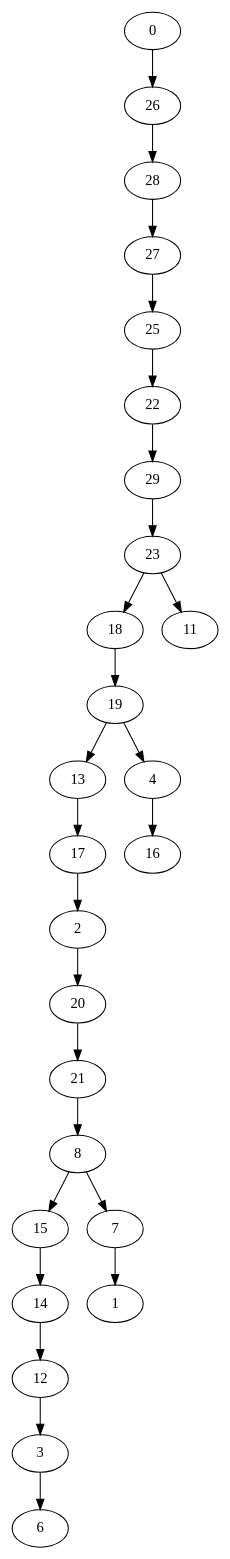
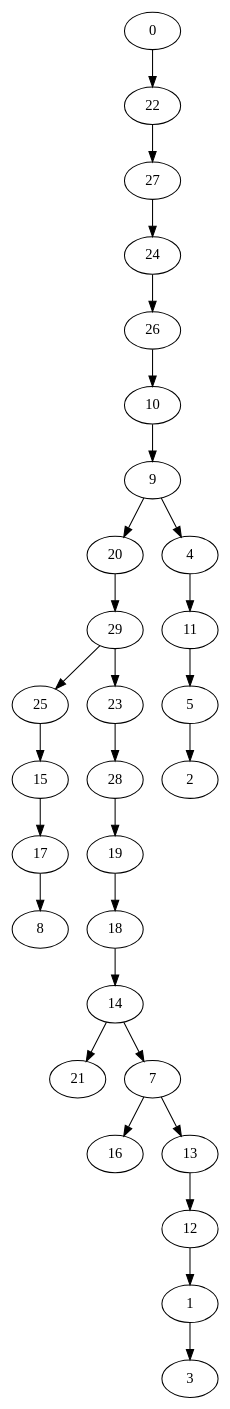
The diagram in gv/Geo_30_dfs.gv (HugoBec/graph), drawn with Graphviz before and after one commit. The commit also changed 90 other files, not shown here.

```diff
--- a/gv/Geo_30_dfs.gv
+++ b/gv/Geo_30_dfs.gv
@@ -1,53 +1,59 @@
 digraph {
 	0 [label=0]
+	22 [label=22]
+	27 [label=27]
+	24 [label=24]
 	26 [label=26]
+	10 [label=10]
+	9 [label=9]
+	20 [label=20]
+	29 [label=29]
+	25 [label=25]
+	15 [label=15]
+	17 [label=17]
+	8 [label=8]
+	23 [label=23]
 	28 [label=28]
-	27 [label=27]
-	25 [label=25]
-	22 [label=22]
-	29 [label=29]
-	23 [label=23]
+	19 [label=19]
 	18 [label=18]
-	19 [label=19]
+	14 [label=14]
+	21 [label=21]
+	7 [label=7]
+	16 [label=16]
 	13 [label=13]
-	17 [label=17]
+	12 [label=12]
+	1 [label=1]
+	3 [label=3]
+	4 [label=4]
+	11 [label=11]
+	5 [label=5]
 	2 [label=2]
-	20 [label=20]
-	21 [label=21]
-	8 [label=8]
-	15 [label=15]
-	14 [label=14]
-	12 [label=12]
-	3 [label=3]
-	6 [label=6]
-	7 [label=7]
-	1 [label=1]
-	4 [label=4]
-	16 [label=16]
-	11 [label=11]
-	0 -> 26
-	26 -> 28
-	28 -> 27
-	27 -> 25
-	25 -> 22
-	22 -> 29
+	0 -> 22
+	22 -> 27
+	27 -> 24
+	24 -> 26
+	26 -> 10
+	10 -> 9
+	9 -> 20
+	20 -> 29
+	29 -> 25
+	25 -> 15
+	15 -> 17
+	17 -> 8
 	29 -> 23
-	23 -> 18
-	18 -> 19
-	19 -> 13
-	13 -> 17
-	17 -> 2
-	2 -> 20
-	20 -> 21
-	21 -> 8
-	8 -> 15
-	15 -> 14
-	14 -> 12
-	12 -> 3
-	3 -> 6
-	8 -> 7
-	7 -> 1
-	19 -> 4
-	4 -> 16
-	23 -> 11
+	23 -> 28
+	28 -> 19
+	19 -> 18
+	18 -> 14
+	14 -> 21
+	14 -> 7
+	7 -> 16
+	7 -> 13
+	13 -> 12
+	12 -> 1
+	1 -> 3
+	9 -> 4
+	4 -> 11
+	11 -> 5
+	5 -> 2
 }
```
